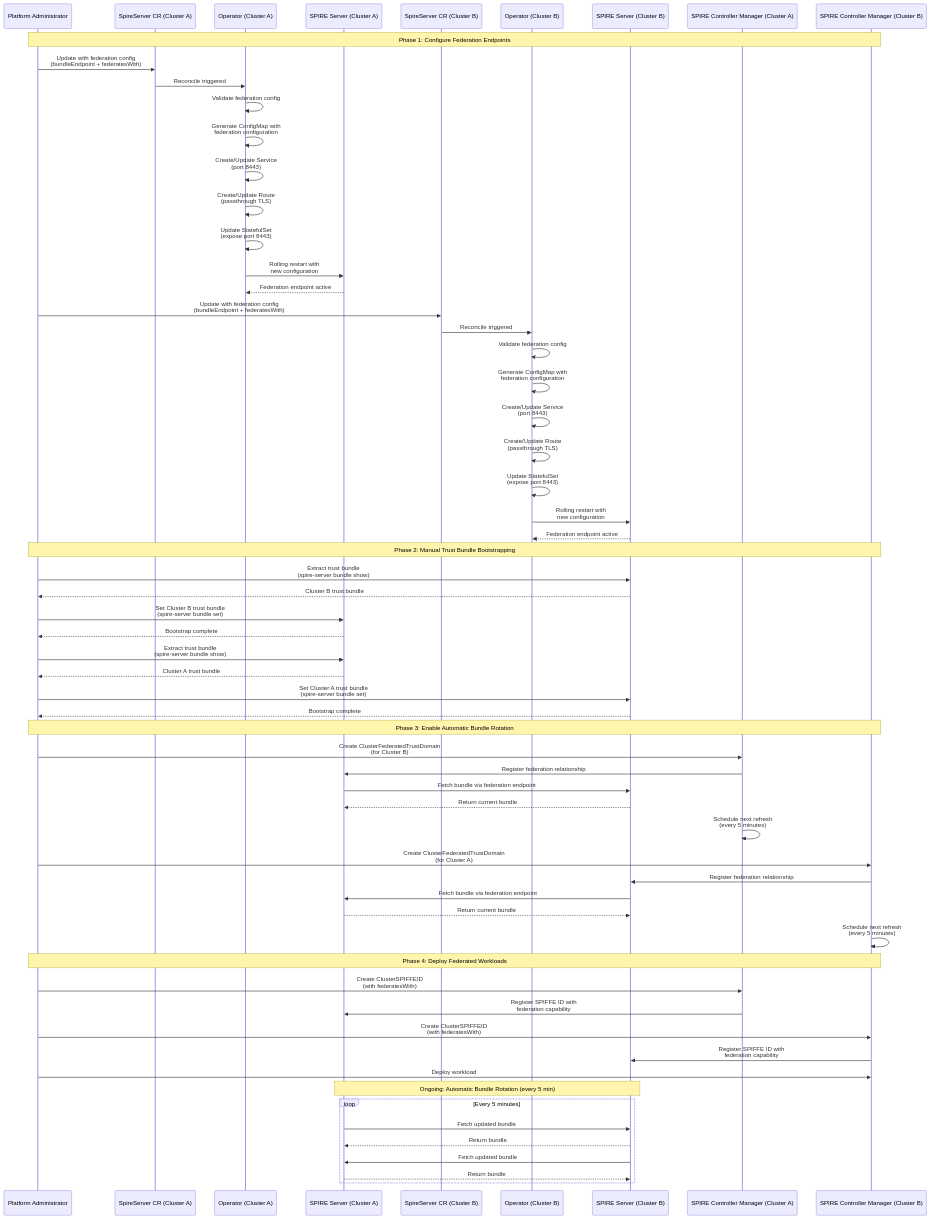
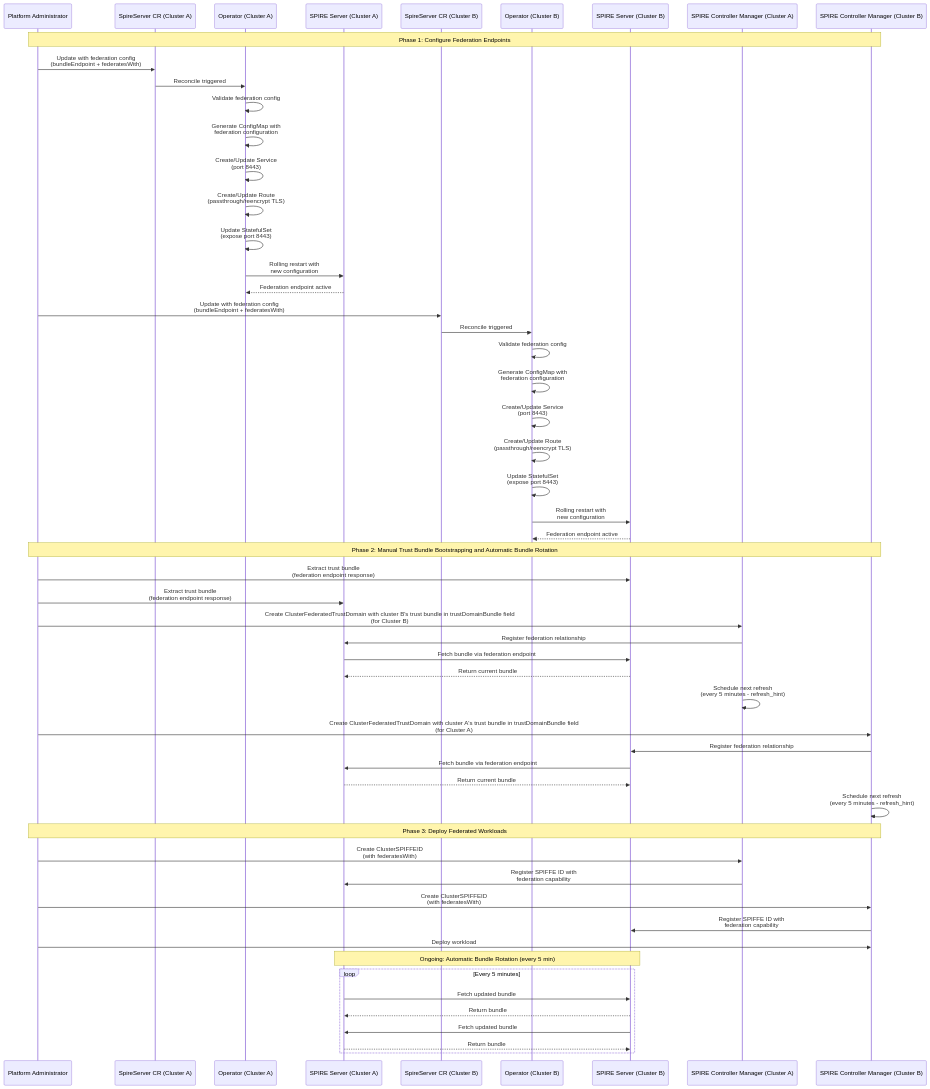
The diagram in enhancements/workload-identity-management/spire-federation-support.md (openshift/enhancements), drawn with Mermaid before and after one commit. The commit also changed other lines of this file, not shown here.

````diff
--- a/enhancements/workload-identity-management/spire-federation-support.md
+++ b/enhancements/workload-identity-management/spire-federation-support.md
@@ -84,77 +84,68 @@
 ```mermaid
 sequenceDiagram
     participant Admin as Platform Administrator
     participant CRA as SpireServer CR (Cluster A)
     participant OpA as Operator (Cluster A)
     participant SSA as SPIRE Server (Cluster A)
     participant CRB as SpireServer CR (Cluster B)
     participant OpB as Operator (Cluster B)
     participant SSB as SPIRE Server (Cluster B)
     participant SCMA as SPIRE Controller Manager (Cluster A)
     participant SCMB as SPIRE Controller Manager (Cluster B)
 
     Note over Admin,SCMB: Phase 1: Configure Federation Endpoints
 
     Admin->>CRA: Update with federation config<br/>(bundleEndpoint + federatesWith)
     CRA->>OpA: Reconcile triggered
     OpA->>OpA: Validate federation config
     OpA->>OpA: Generate ConfigMap with<br/>federation configuration
     OpA->>OpA: Create/Update Service<br/>(port 8443)
-    OpA->>OpA: Create/Update Route<br/>(passthrough TLS)
+    OpA->>OpA: Create/Update Route<br/>(passthrough/reencrypt TLS)
     OpA->>OpA: Update StatefulSet<br/>(expose port 8443)
     OpA->>SSA: Rolling restart with<br/>new configuration
     SSA-->>OpA: Federation endpoint active
 
     Admin->>CRB: Update with federation config<br/>(bundleEndpoint + federatesWith)
     CRB->>OpB: Reconcile triggered
     OpB->>OpB: Validate federation config
     OpB->>OpB: Generate ConfigMap with<br/>federation configuration
     OpB->>OpB: Create/Update Service<br/>(port 8443)
-    OpB->>OpB: Create/Update Route<br/>(passthrough TLS)
+    OpB->>OpB: Create/Update Route<br/>(passthrough/reencrypt TLS)
     OpB->>OpB: Update StatefulSet<br/>(expose port 8443)
     OpB->>SSB: Rolling restart with<br/>new configuration
     SSB-->>OpB: Federation endpoint active
 
-    Note over Admin,SCMB: Phase 2: Manual Trust Bundle Bootstrapping
+    Note over Admin,SCMB: Phase 2: Manual Trust Bundle Bootstrapping and Automatic Bundle Rotation
 
-    Admin->>SSB: Extract trust bundle<br/>(spire-server bundle show)
-    SSB-->>Admin: Cluster B trust bundle
-    Admin->>SSA: Set Cluster B trust bundle<br/>(spire-server bundle set)
-    SSA-->>Admin: Bootstrap complete
-
-    Admin->>SSA: Extract trust bundle<br/>(spire-server bundle show)
-    SSA-->>Admin: Cluster A trust bundle
-    Admin->>SSB: Set Cluster A trust bundle<br/>(spire-server bundle set)
-    SSB-->>Admin: Bootstrap complete
-
-    Note over Admin,SCMB: Phase 3: Enable Automatic Bundle Rotation
-
-    Admin->>SCMA: Create ClusterFederatedTrustDomain<br/>(for Cluster B)
+    Admin->>SSB: Extract trust bundle<br/>(federation endpoint response)
+    Admin->>SSA: Extract trust bundle<br/>(federation endpoint response)
+    
+    Admin->>SCMA: Create ClusterFederatedTrustDomain with cluster B's trust bundle in trustDomainBundle field<br/>(for Cluster B)
     SCMA->>SSA: Register federation relationship
     SSA->>SSB: Fetch bundle via federation endpoint
     SSB-->>SSA: Return current bundle
-    SCMA->>SCMA: Schedule next refresh<br/>(every 5 minutes)
+    SCMA->>SCMA: Schedule next refresh<br/>(every 5 minutes - refresh_hint)
 
-    Admin->>SCMB: Create ClusterFederatedTrustDomain<br/>(for Cluster A)
+    Admin->>SCMB: Create ClusterFederatedTrustDomain with cluster A's trust bundle in trustDomainBundle field<br/>(for Cluster A)
     SCMB->>SSB: Register federation relationship
     SSB->>SSA: Fetch bundle via federation endpoint
     SSA-->>SSB: Return current bundle
-    SCMB->>SCMB: Schedule next refresh<br/>(every 5 minutes)
+    SCMB->>SCMB: Schedule next refresh<br/>(every 5 minutes - refresh_hint)
 
-    Note over Admin,SCMB: Phase 4: Deploy Federated Workloads
+    Note over Admin,SCMB: Phase 3: Deploy Federated Workloads
 
     Admin->>SCMA: Create ClusterSPIFFEID<br/>(with federatesWith)
     SCMA->>SSA: Register SPIFFE ID with<br/>federation capability
     Admin->>SCMB: Create ClusterSPIFFEID<br/>(with federatesWith)
     SCMB->>SSB: Register SPIFFE ID with<br/>federation capability
     Admin->>SCMB: Deploy workload
     
     Note over SSA,SSB: Ongoing: Automatic Bundle Rotation (every 5 min)
     
     loop Every 5 minutes
         SSA->>SSB: Fetch updated bundle
         SSB-->>SSA: Return bundle
         SSB->>SSA: Fetch updated bundle
         SSA-->>SSB: Return bundle
     end
 ```
````
